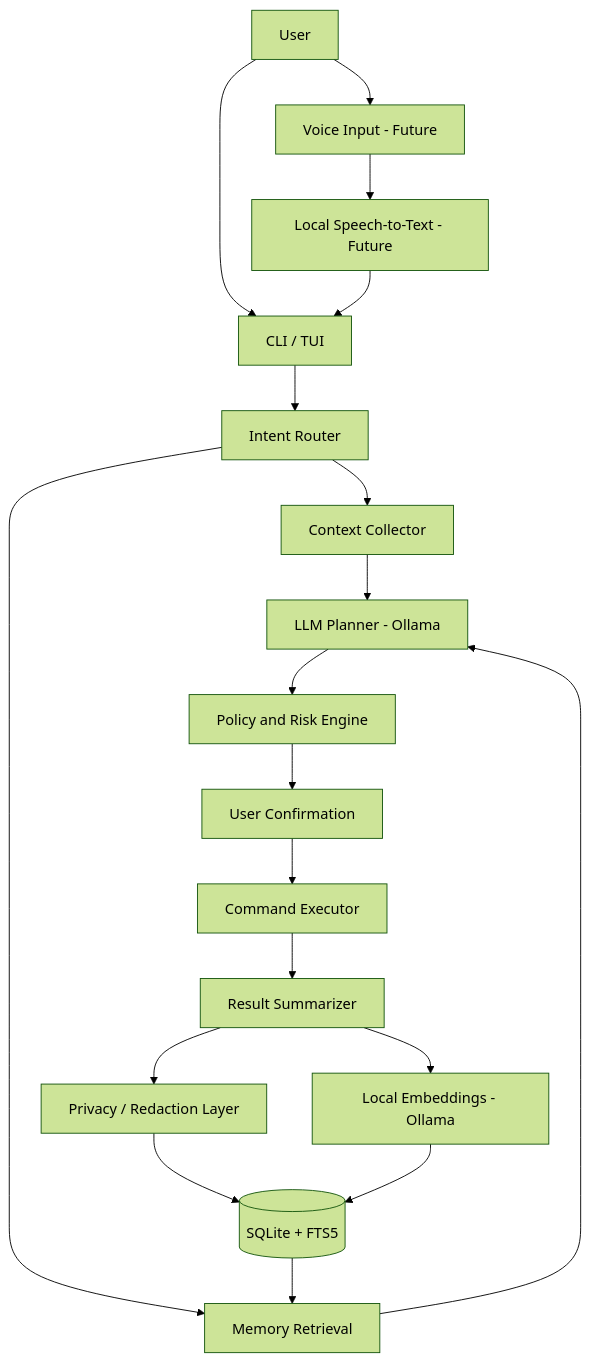
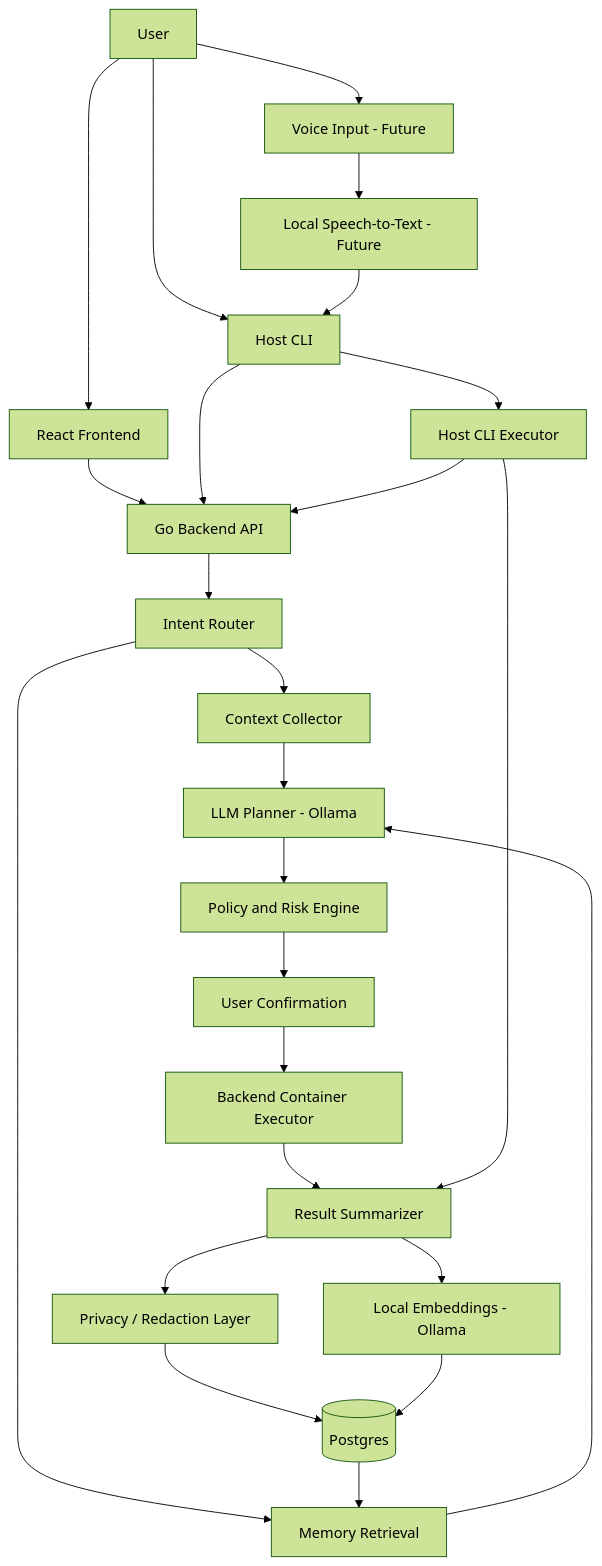
Before and after one commit to harshitgupta1998/cli-agent: the first of 3 diagrams in local_terminal_agent_system_design.md, drawn with Mermaid (forest theme). The commit also changed other lines of this file and 13 other files, not shown here.

````diff
--- a/local_terminal_agent_system_design.md
+++ b/local_terminal_agent_system_design.md
@@ -34,38 +34,47 @@
 ```mermaid
 flowchart TD
     User["User"]
-    CLI["CLI / TUI"]
+    Web["React Frontend"]
+    CLI["Host CLI"]
+    API["Go Backend API"]
     Voice["Voice Input - Future"]
     STT["Local Speech-to-Text - Future"]
     Router["Intent Router"]
     Context["Context Collector"]
     Retrieval["Memory Retrieval"]
     Planner["LLM Planner - Ollama"]
     Policy["Policy and Risk Engine"]
     Confirm["User Confirmation"]
-    Executor["Command Executor"]
+    BackendExecutor["Backend Container Executor"]
+    HostExecutor["Host CLI Executor"]
     Summarizer["Result Summarizer"]
     Redactor["Privacy / Redaction Layer"]
-    DB[("SQLite + FTS5")]
+    DB[("Postgres")]
     Embeddings["Local Embeddings - Ollama"]
 
+    User --> Web
     User --> CLI
     User --> Voice
     Voice --> STT
     STT --> CLI
 
-    CLI --> Router
+    Web --> API
+    CLI --> API
+    API --> Router
     Router --> Context
     Router --> Retrieval
     Context --> Planner
     Retrieval --> Planner
     Planner --> Policy
     Policy --> Confirm
-    Confirm --> Executor
-    Executor --> Summarizer
+    Confirm --> BackendExecutor
+    CLI --> HostExecutor
+    BackendExecutor --> Summarizer
+    HostExecutor --> API
+    HostExecutor --> Summarizer
     Summarizer --> Redactor
     Redactor --> DB
     DB --> Retrieval
     Summarizer --> Embeddings
     Embeddings --> DB
 ```
````
